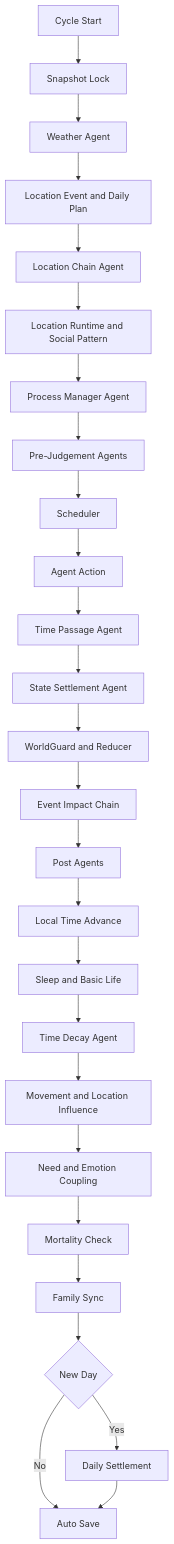
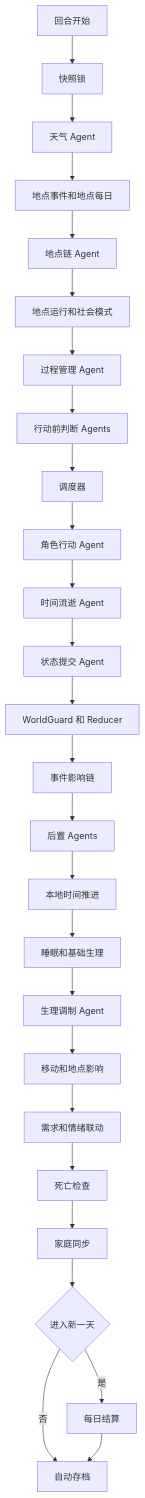
Before and after one commit to Whom001x/agentbox-town: the first of 4 diagrams in README.md, drawn with Mermaid. The commit also changed other lines of this file, not shown here.

````diff
--- a/README.md
+++ b/README.md
@@ -23,28 +25,28 @@
 ```mermaid
 flowchart TD
-  A[Cycle Start] --> B[Snapshot Lock]
-  B --> C[Weather Agent]
-  C --> D[Location Event and Daily Plan]
-  D --> E[Location Chain Agent]
-  E --> F[Location Runtime and Social Pattern]
-  F --> G[Process Manager Agent]
-  G --> H[Pre-Judgement Agents]
-  H --> I[Scheduler]
-  I --> J[Agent Action]
-  J --> K[Time Passage Agent]
-  K --> L[State Settlement Agent]
-  L --> M[WorldGuard and Reducer]
-  M --> N[Event Impact Chain]
-  N --> O[Post Agents]
-  O --> P[Local Time Advance]
-  P --> Q[Sleep and Basic Life]
-  Q --> R[Time Decay Agent]
-  R --> S[Movement and Location Influence]
-  S --> T[Need and Emotion Coupling]
-  T --> U[Mortality Check]
-  U --> V[Family Sync]
-  V --> W{New Day}
-  W -->|No| X[Auto Save]
-  W -->|Yes| Y[Daily Settlement]
+  A[回合开始] --> B[快照锁]
+  B --> C[天气 Agent]
+  C --> D[地点事件和地点每日]
+  D --> E[地点链 Agent]
+  E --> F[地点运行和社会模式]
+  F --> G[过程管理 Agent]
+  G --> H[行动前判断 Agents]
+  H --> I[调度器]
+  I --> J[角色行动 Agent]
+  J --> K[时间流逝 Agent]
+  K --> L[状态提交 Agent]
+  L --> M[WorldGuard 和 Reducer]
+  M --> N[事件影响链]
+  N --> O[后置 Agents]
+  O --> P[本地时间推进]
+  P --> Q[睡眠和基础生理]
+  Q --> R[生理调制 Agent]
+  R --> S[移动和地点影响]
+  S --> T[需求和情绪联动]
+  T --> U[死亡检查]
+  U --> V[家庭同步]
+  V --> W{进入新一天}
+  W -->|否| X[自动存档]
+  W -->|是| Y[每日结算]
   Y --> X
 ```
````
